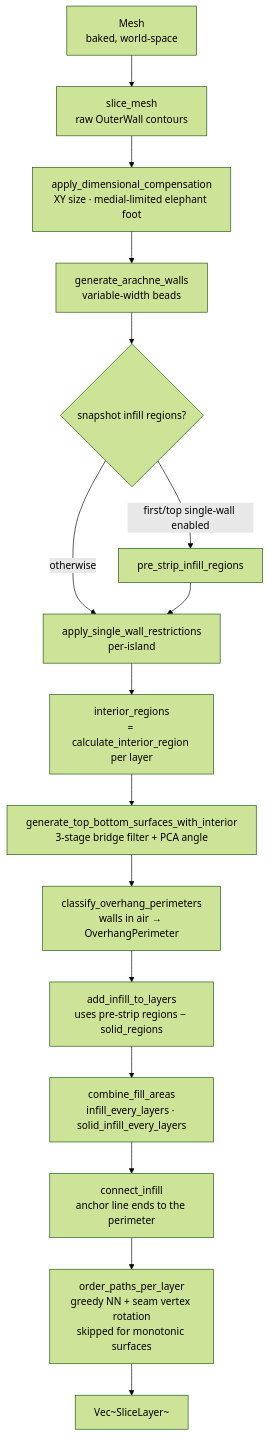
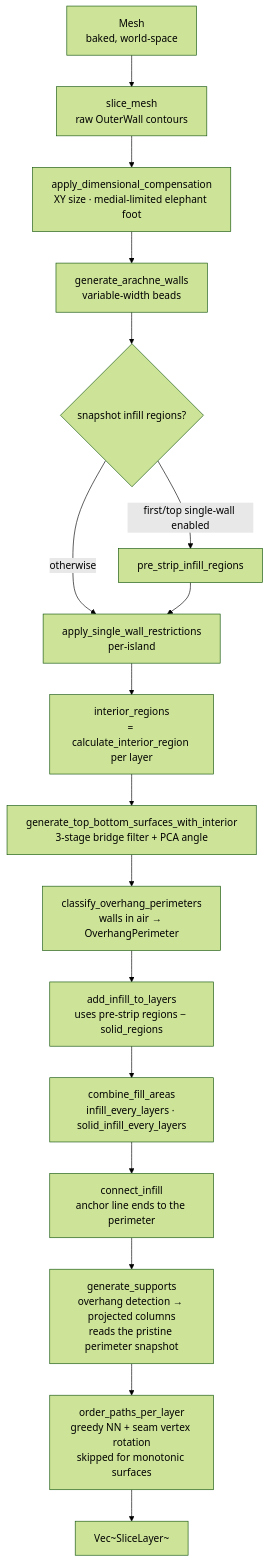
Before and after one commit to ColdCrabby/slicer: the second of 3 diagrams in src/core/README.md, drawn with Mermaid (forest theme). The commit also changed other lines of this file and 27 other files, not shown here.

````diff
--- a/src/core/README.md
+++ b/src/core/README.md
@@ -107,18 +107,19 @@
 ```mermaid
 flowchart TD
     M[Mesh<br/>baked, world-space] --> S1[slice_mesh<br/>raw OuterWall contours]
     S1 --> DC[apply_dimensional_compensation<br/>XY size · medial-limited elephant foot]
     DC --> S2[generate_arachne_walls<br/>variable-width beads]
     S2 --> S3{snapshot infill regions?}
     S3 -->|first/top single-wall enabled| SN[pre_strip_infill_regions]
     S3 -->|otherwise| W
     SN --> W[apply_single_wall_restrictions<br/>per-island]
     W --> I[interior_regions<br/>= calculate_interior_region per layer]
     I --> SF[generate_top_bottom_surfaces_with_interior<br/>3-stage bridge filter + PCA angle]
     SF --> OV[classify_overhang_perimeters<br/>walls in air → OverhangPerimeter]
     OV --> IN[add_infill_to_layers<br/>uses pre-strip regions − solid_regions]
     IN --> CB[combine_fill_areas<br/>infill_every_layers · solid_infill_every_layers]
     CB --> AN[connect_infill<br/>anchor line ends to the perimeter]
-    AN --> ORD[order_paths_per_layer<br/>greedy NN + seam vertex rotation<br/>skipped for monotonic surfaces]
+    AN --> SP[generate_supports<br/>overhang detection → projected columns<br/>reads the pristine perimeter snapshot]
+    SP --> ORD[order_paths_per_layer<br/>greedy NN + seam vertex rotation<br/>skipped for monotonic surfaces]
     ORD --> L[Vec~SliceLayer~]
 ```
````
